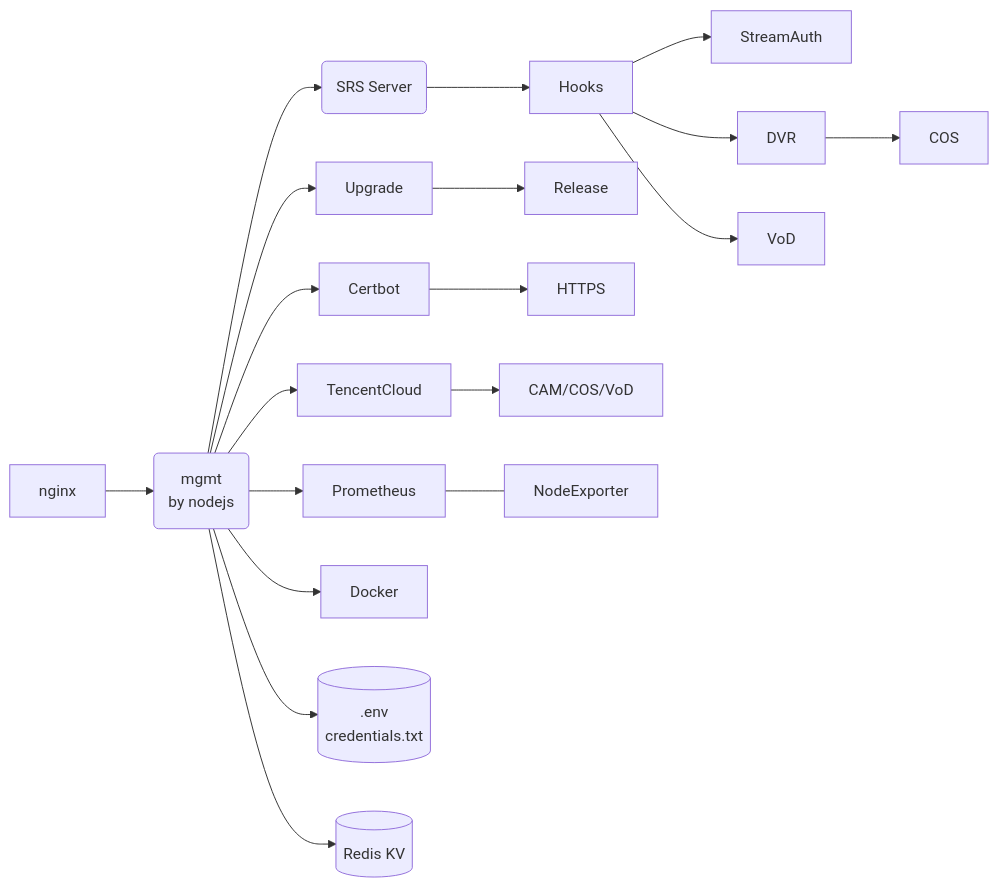
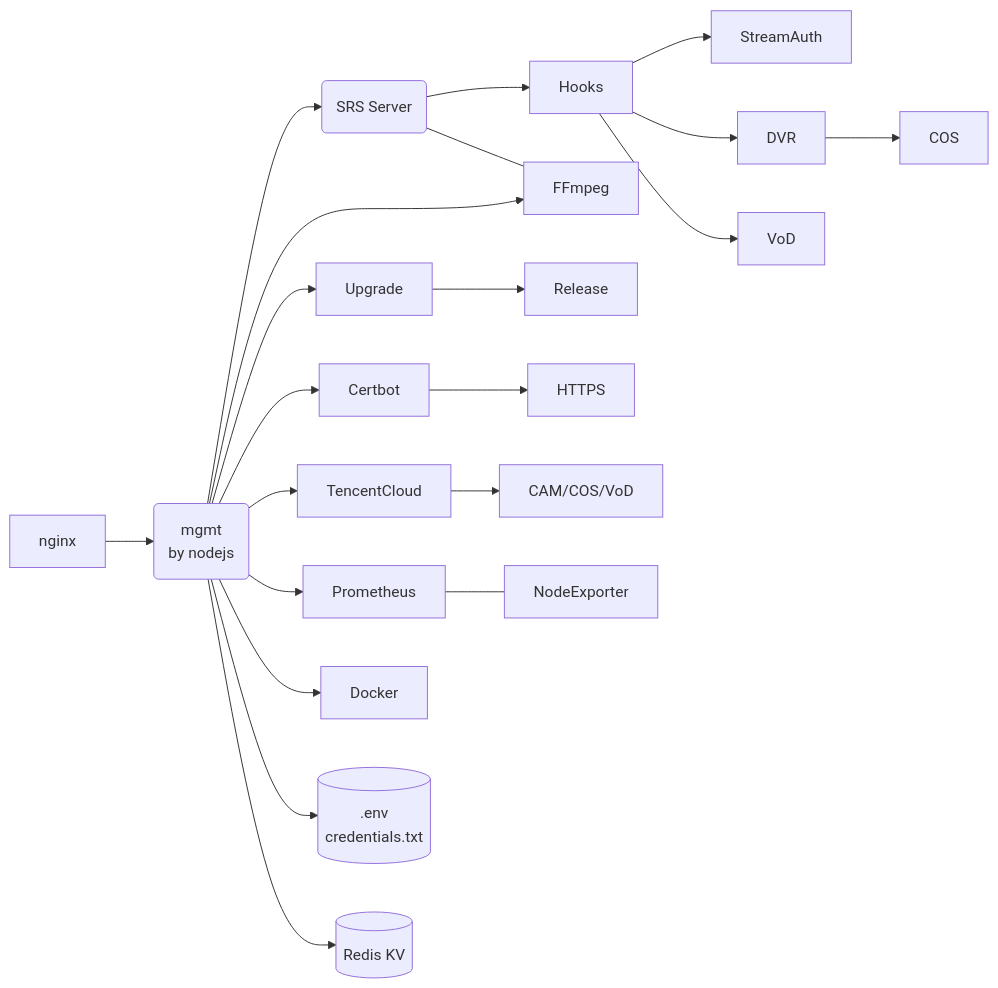
Before and after one commit to ossrs/oryx: the diagram in README.md, drawn with Mermaid. The commit also changed other lines of this file and 23 other files, not shown here.

````diff
--- a/README.md
+++ b/README.md
@@ -18,13 +20,15 @@
 ```mermaid
-graph LR;
+flowchart LR;
   nginx --> mgmt(mgmt<br/>by nodejs);
   mgmt --> SRS(SRS Server) --> Hooks --> StreamAuth & DVR & VoD;
   DVR --> COS;
+  mgmt --> FFmpeg;
+  SRS --- FFmpeg;
   mgmt --> Upgrade --> Release;
   mgmt --> Certbot --> HTTPS;
   mgmt --> TencentCloud --> CAM[CAM/COS/VoD];
   mgmt --> Prometheus --- NodeExporter;
   mgmt --> Docker;
   mgmt --> Env[(.env<br/>credentials.txt)];
   mgmt --> Redis[(Redis KV)];
 ```
````
